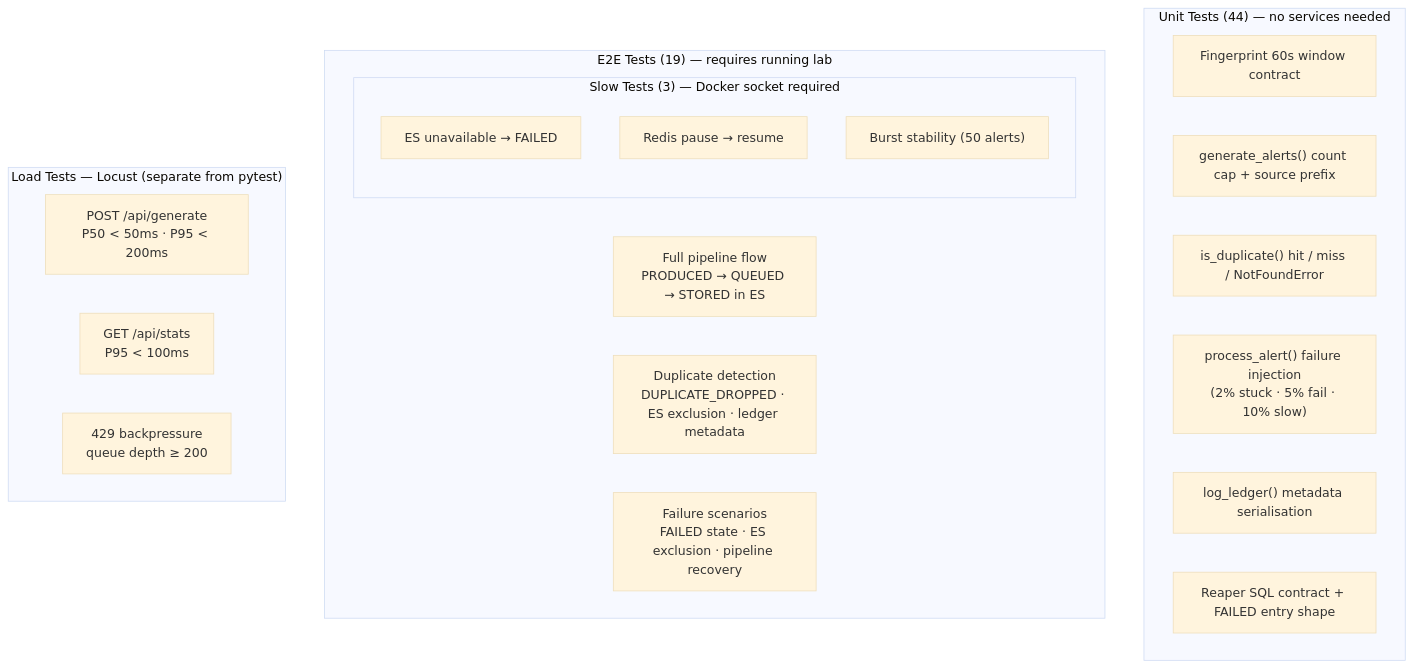
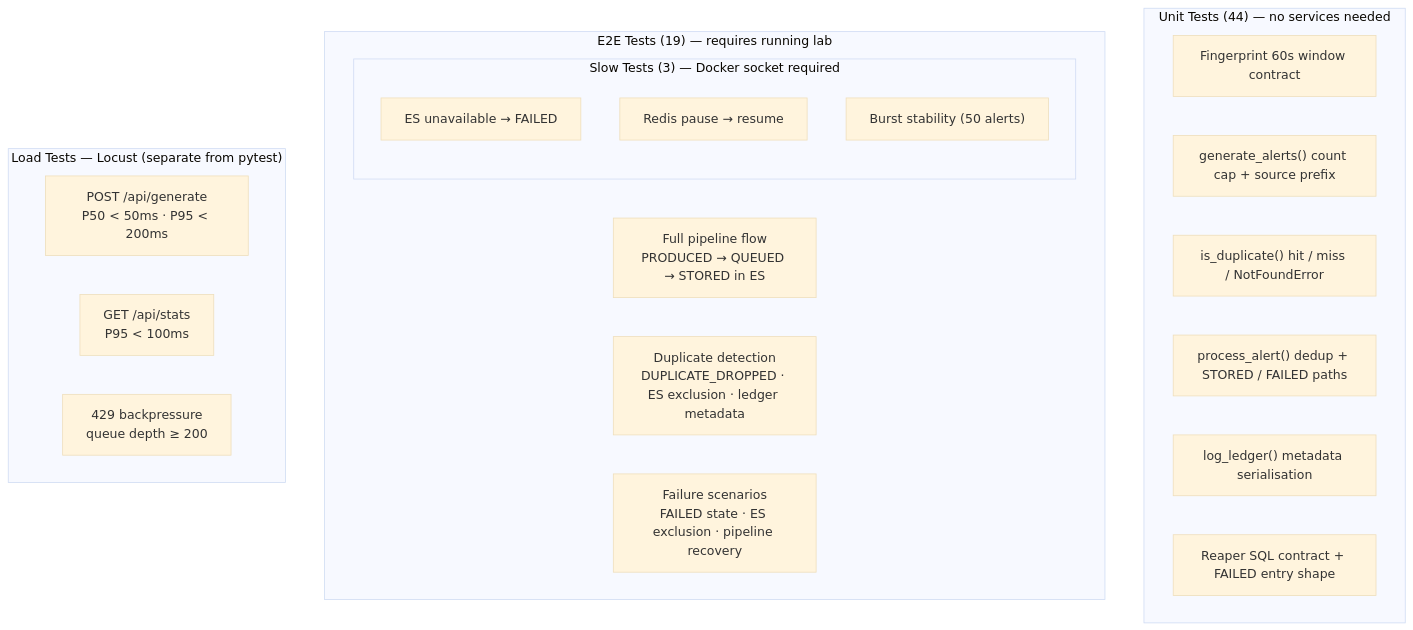
The third of 3 diagrams in README.md (rahulgoel527/alert-pipeline-validation), drawn with Mermaid (base theme) before and after one commit. The commit also changed other lines of this file and 3 other files, not shown here.

````diff
--- a/README.md
+++ b/README.md
@@ -97,28 +97,28 @@
 ```mermaid
 flowchart TD
     subgraph unit["Unit Tests (44) — no services needed"]
         U1["Fingerprint 60s window contract"]
         U2["generate_alerts() count cap + source prefix"]
         U3["is_duplicate() hit / miss / NotFoundError"]
-        U4["process_alert() failure injection\n(2% stuck · 5% fail · 10% slow)"]
+        U4["process_alert() dedup + STORED / FAILED paths"]
         U5["log_ledger() metadata serialisation"]
         U6["Reaper SQL contract + FAILED entry shape"]
     end
 
     subgraph e2e["E2E Tests (19) — requires running lab"]
         E1["Full pipeline flow\nPRODUCED → QUEUED → STORED in ES"]
         E2["Duplicate detection\nDUPLICATE_DROPPED · ES exclusion · ledger metadata"]
         E3["Failure scenarios\nFAILED state · ES exclusion · pipeline recovery"]
         subgraph slow["Slow Tests (3) — Docker socket required"]
             S1["ES unavailable → FAILED"]
             S2["Redis pause → resume"]
             S3["Burst stability (50 alerts)"]
         end
     end
 
     subgraph load["Load Tests — Locust (separate from pytest)"]
         L1["POST /api/generate\nP50 < 50ms · P95 < 200ms"]
         L2["GET /api/stats\nP95 < 100ms"]
         L3["429 backpressure\nqueue depth ≥ 200"]
     end
 ```
````
